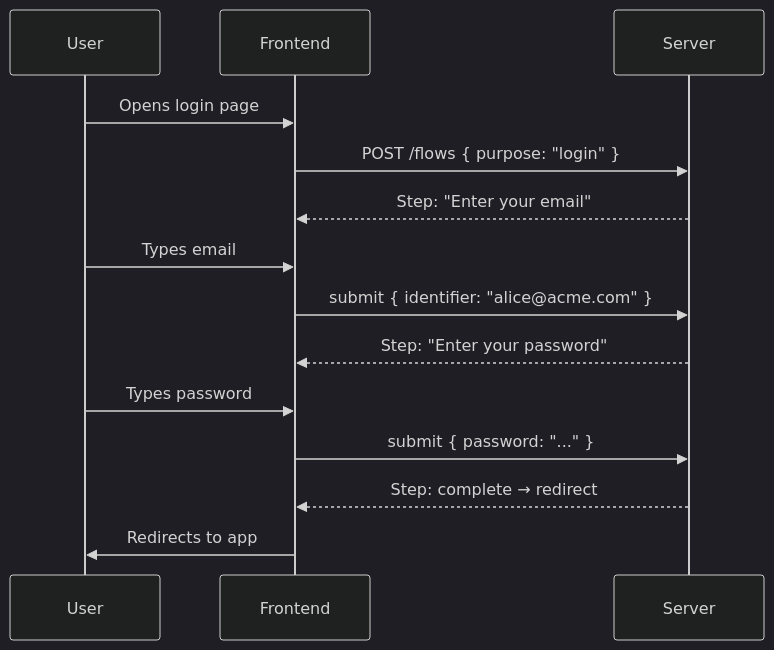
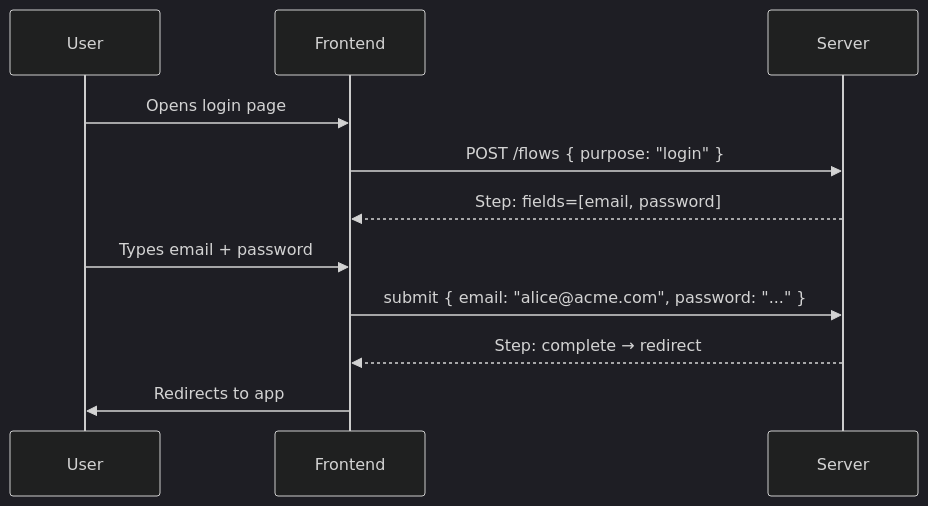
The first of 11 diagrams in docs/design/flowengine/flow-engine-guide.md (zitadel/nextgen), drawn with Mermaid (dark theme) before and after one commit. The commit also changed other lines of this file and 10 other files, not shown here.

Commit message:
refactor: simplify flow engine to schema-driven step model

````diff
--- a/docs/design/flowengine/flow-engine-guide.md
+++ b/docs/design/flowengine/flow-engine-guide.md
@@ -18,17 +18,14 @@
 ```mermaid
 sequenceDiagram
     participant User
     participant Frontend
     participant Server
 
     User->>Frontend: Opens login page
     Frontend->>Server: POST /flows { purpose: "login" }
-    Server-->>Frontend: Step: "Enter your email"
-    User->>Frontend: Types email
-    Frontend->>Server: submit { identifier: "alice@acme.com" }
-    Server-->>Frontend: Step: "Enter your password"
-    User->>Frontend: Types password
-    Frontend->>Server: submit { password: "..." }
+    Server-->>Frontend: Step: fields=[email, password]
+    User->>Frontend: Types email + password
+    Frontend->>Server: submit { email: "alice@acme.com", password: "..." }
     Server-->>Frontend: Step: complete → redirect
     Frontend->>User: Redirects to app
 ```
````
